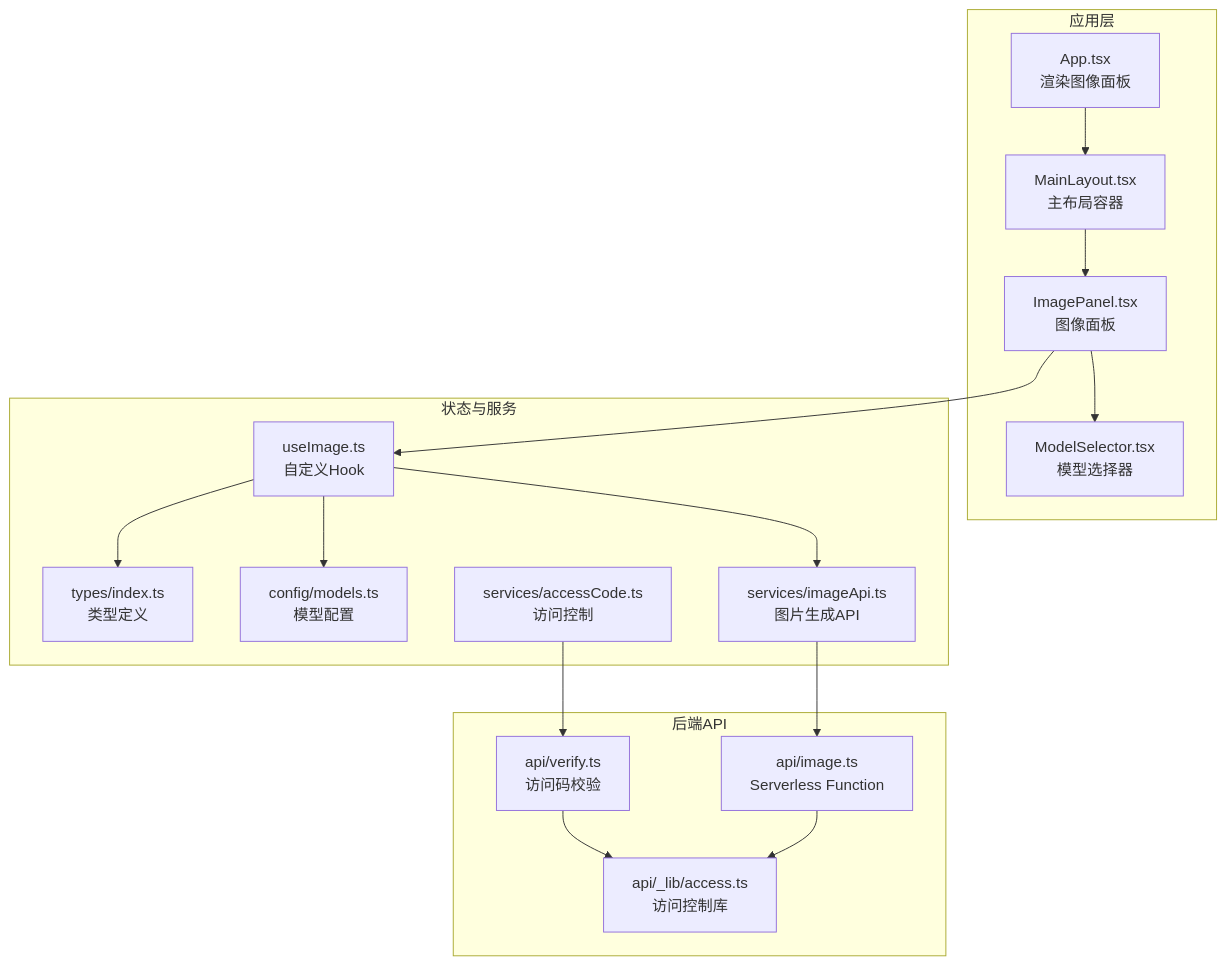
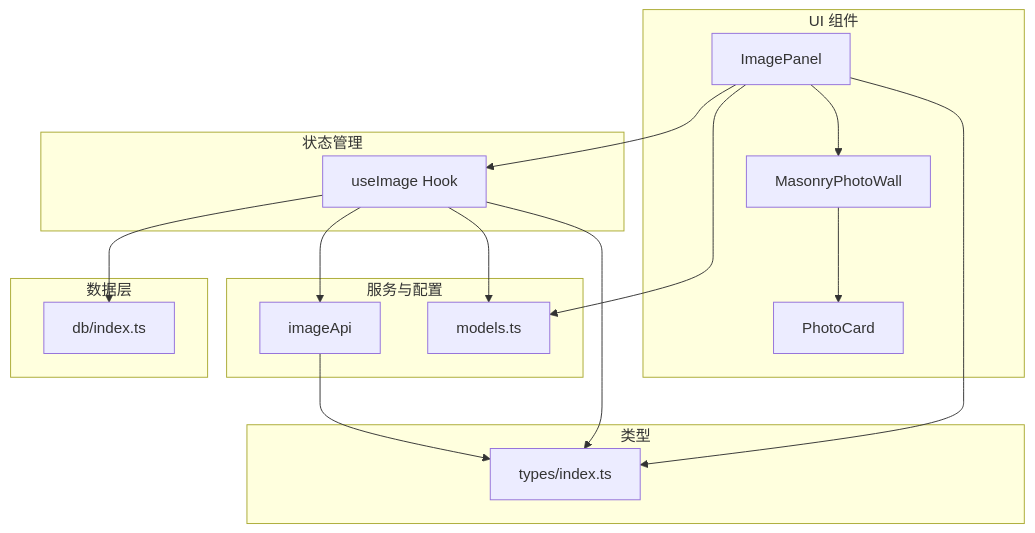
Before and after one commit to billye220670/AIShop: the first of 10 diagrams in .qoder/repowiki/zh/content/图像生成功能/图像面板组件.md, drawn with Mermaid. The commit also changed other lines of this file and 135 other files, not shown here.

````diff
--- a/.qoder/repowiki/zh/content/图像生成功能/图像面板组件.md
+++ b/.qoder/repowiki/zh/content/图像生成功能/图像面板组件.md
@@ -45,32 +45,31 @@
 ```mermaid
 graph TB
-subgraph "应用层"
-App["App.tsx<br/>渲染图像面板"]
-Layout["MainLayout.tsx<br/>主布局容器"]
-Panel["ImagePanel.tsx<br/>图像面板"]
-Selector["ModelSelector.tsx<br/>模型选择器"]
+subgraph "UI 组件"
+IP["ImagePanel"]
+MPW["MasonryPhotoWall"]
+PC["PhotoCard"]
 end
-subgraph "状态与服务"
-Hook["useImage.ts<br/>自定义Hook"]
-Types["types/index.ts<br/>类型定义"]
-Models["config/models.ts<br/>模型配置"]
-Api["services/imageApi.ts<br/>图片生成API"]
-Access["services/accessCode.ts<br/>访问控制"]
+subgraph "状态管理"
+UI["useImage Hook"]
 end
-subgraph "后端API"
-Edge["api/image.ts<br/>Serverless Function"]
-Verify["api/verify.ts<br/>访问码校验"]
-Lib["api/_lib/access.ts<br/>访问控制库"]
+subgraph "服务与配置"
+API["imageApi"]
+CFG["models.ts"]
 end
-App --> Layout
-Layout --> Panel
-Panel --> Selector
-Panel --> Hook
-Hook --> Api
-Hook --> Models
-Hook --> Types
-Api --> Edge
-Access --> Verify
-Verify --> Lib
-Edge --> Lib
+subgraph "数据层"
+DB["db/index.ts"]
+end
+subgraph "类型"
+T["types/index.ts"]
+end
+IP --> UI
+IP --> MPW
+MPW --> PC
+UI --> API
+UI --> DB
+IP --> CFG
+UI --> CFG
+IP --> T
+UI --> T
+API --> T
 ```
````
